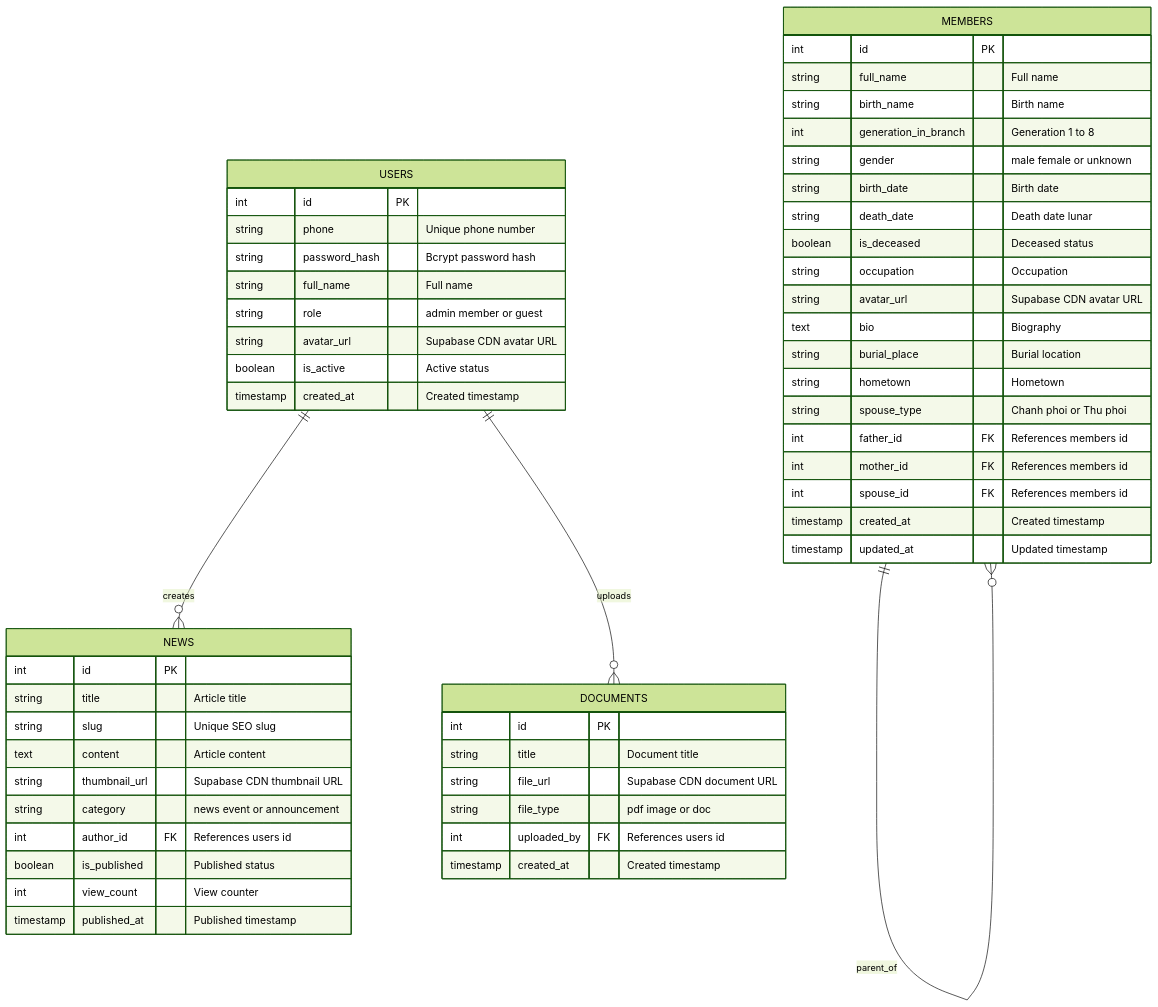
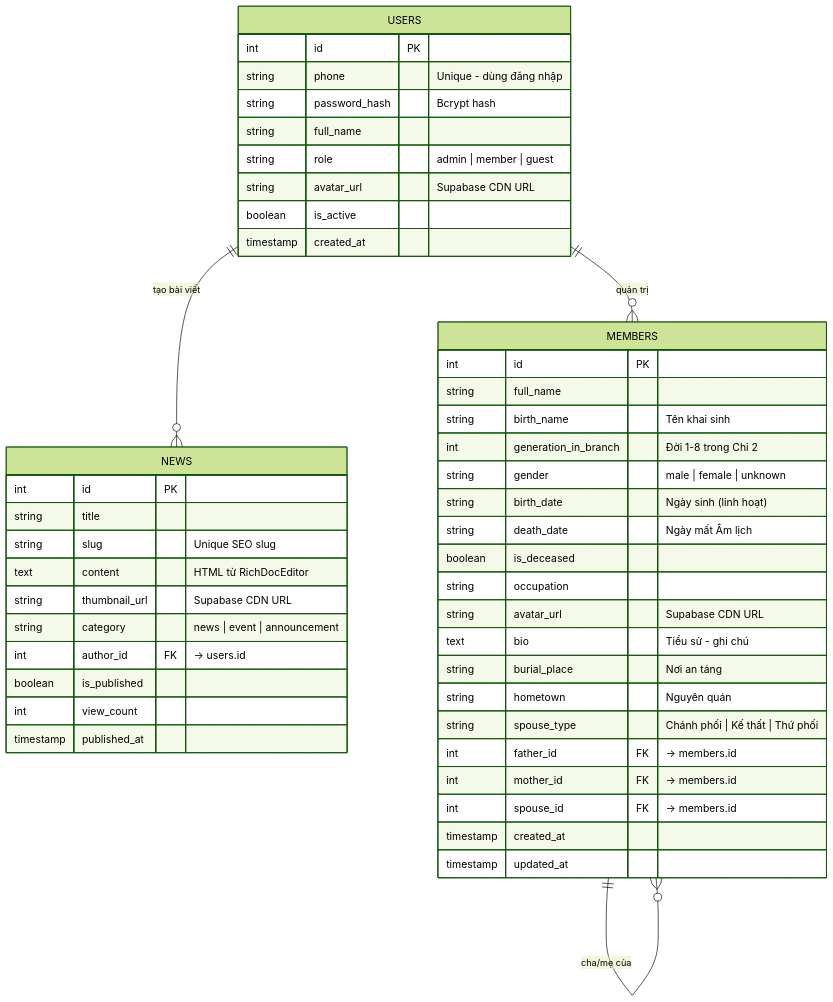
One commit to LGKAI/Portal-HoLeVan-Phai4-Chi2 changed the second of 2 diagrams in README.md. Above: the diagram before and after it, drawn with Mermaid (forest theme). The commit also changed other lines of this file and 2 other files, not shown here.

````diff
--- a/README.md
+++ b/README.md
@@ -282,61 +111,52 @@
 ```mermaid
 erDiagram
-    USERS ||--o{ NEWS : creates
-    USERS ||--o{ DOCUMENTS : uploads
-    MEMBERS ||--o{ MEMBERS : parent_of
+    USERS ||--o{ NEWS : "tạo bài viết"
+    USERS ||--o{ MEMBERS : "quản trị"
+    MEMBERS ||--o{ MEMBERS : "cha/mẹ của"
 
     USERS {
         int id PK
-        string phone "Unique phone number"
-        string password_hash "Bcrypt password hash"
-        string full_name "Full name"
-        string role "admin member or guest"
-        string avatar_url "Supabase CDN avatar URL"
-        boolean is_active "Active status"
-        timestamp created_at "Created timestamp"
+        string phone "Unique - dùng đăng nhập"
+        string password_hash "Bcrypt hash"
+        string full_name
+        string role "admin | member | guest"
+        string avatar_url "Supabase CDN URL"
+        boolean is_active
+        timestamp created_at
     }
 
     MEMBERS {
         int id PK
-        string full_name "Full name"
-        string birth_name "Birth name"
-        int generation_in_branch "Generation 1 to 8"
-        string gender "male female or unknown"
-        string birth_date "Birth date"
-        string death_date "Death date lunar"
-        boolean is_deceased "Deceased status"
-        string occupation "Occupation"
-        string avatar_url "Supabase CDN avatar URL"
-        text bio "Biography"
-        string burial_place "Burial location"
-        string hometown "Hometown"
-        string spouse_type "Chanh phoi or Thu phoi"
-        int father_id FK "References members id"
-        int mother_id FK "References members id"
-        int spouse_id FK "References members id"
-        timestamp created_at "Created timestamp"
-        timestamp updated_at "Updated timestamp"
+        string full_name
+        string birth_name "Tên khai sinh"
+        int generation_in_branch "Đời 1-8 trong Chi 2"
+        string gender "male | female | unknown"
+        string birth_date "Ngày sinh (linh hoạt)"
+        string death_date "Ngày mất Âm lịch"
+        boolean is_deceased
+        string occupation
+        string avatar_url "Supabase CDN URL"
+        text bio "Tiểu sử - ghi chú"
+        string burial_place "Nơi an táng"
+        string hometown "Nguyên quán"
+        string spouse_type "Chánh phối | Kế thất | Thứ phối"
+        int father_id FK "→ members.id"
+        int mother_id FK "→ members.id"
+        int spouse_id FK "→ members.id"
+        timestamp created_at
+        timestamp updated_at
     }
 
     NEWS {
         int id PK
-        string title "Article title"
+        string title
         string slug "Unique SEO slug"
-        text content "Article content"
-        string thumbnail_url "Supabase CDN thumbnail URL"
-        string category "news event or announcement"
-        int author_id FK "References users id"
-        boolean is_published "Published status"
-        int view_count "View counter"
-        timestamp published_at "Published timestamp"
-    }
-
-    DOCUMENTS {
-        int id PK
-        string title "Document title"
-        string file_url "Supabase CDN document URL"
-        string file_type "pdf image or doc"
-        int uploaded_by FK "References users id"
-        timestamp created_at "Created timestamp"
+        text content "HTML từ RichDocEditor"
+        string thumbnail_url "Supabase CDN URL"
+        string category "news | event | announcement"
+        int author_id FK "→ users.id"
+        boolean is_published
+        int view_count
+        timestamp published_at
     }
 ```
````
